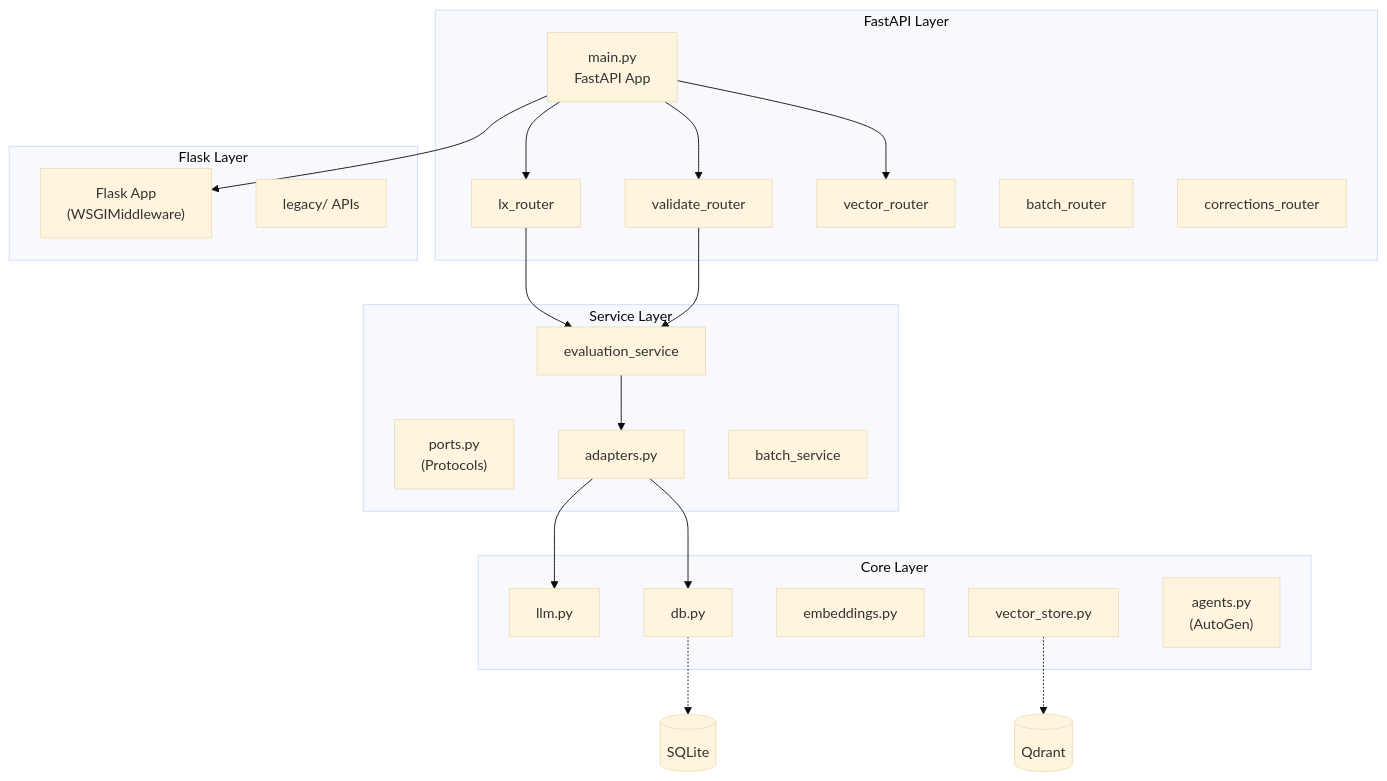
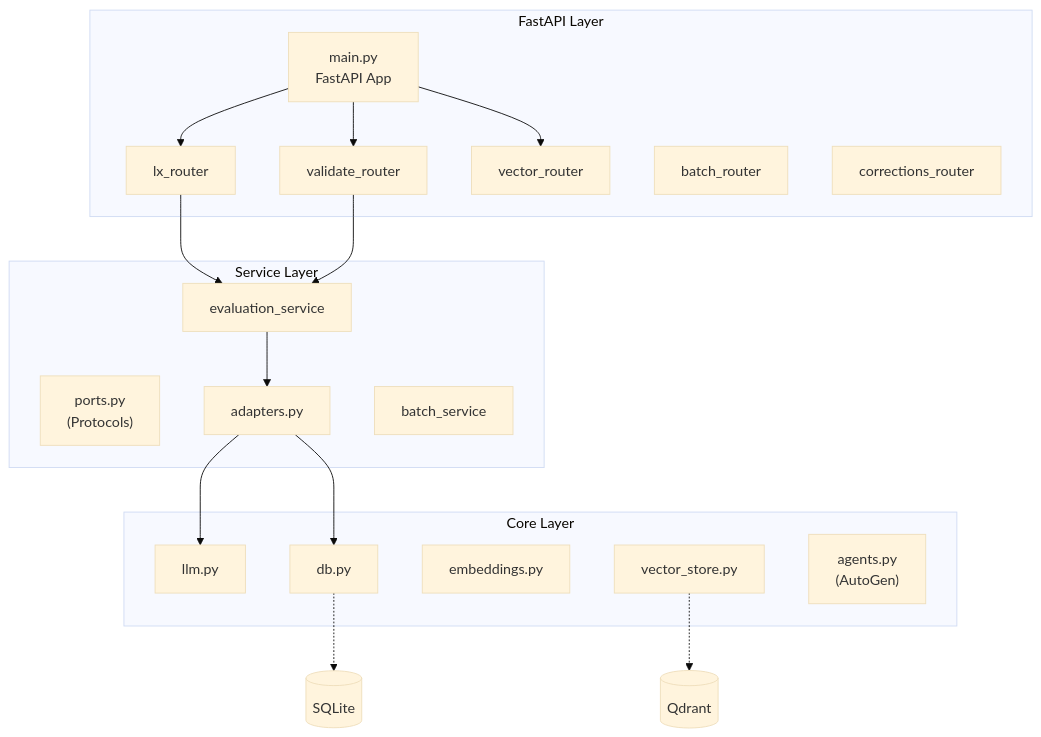
Before and after one commit to Flissel/-req-orchestrator: the ninth of 15 diagrams in docs/architecture/SYSTEM_OVERVIEW.md, drawn with Mermaid (base theme). The commit also changed other lines of this file and 18 other files, not shown here.

First line of the commit message:
docs: remove stale internal docs and fix 305 backend_app/Flask/Gunicorn refs

````diff
--- a/docs/architecture/SYSTEM_OVERVIEW.md
+++ b/docs/architecture/SYSTEM_OVERVIEW.md
@@ -533,43 +527,37 @@
 ```mermaid
 flowchart TB
   subgraph FastAPI Layer
     main["main.py<br/>FastAPI App"]
     lx["lx_router"]
     validate["validate_router"]
     vector["vector_router"]
     batch["batch_router"]
     corrections["corrections_router"]
-  end
-
-  subgraph Flask Layer
-    flask["Flask App<br/>(WSGIMiddleware)"]
-    legacy["legacy/ APIs"]
   end
 
   subgraph Service Layer
     ports["ports.py<br/>(Protocols)"]
     adapters["adapters.py"]
     eval_svc["evaluation_service"]
     batch_svc["batch_service"]
   end
 
   subgraph Core Layer
     llm["llm.py"]
     db["db.py"]
     embeddings["embeddings.py"]
     vector_store["vector_store.py"]
     agents["agents.py<br/>(AutoGen)"]
   end
 
   main --> lx
   main --> validate
   main --> vector
-  main --> flask
   lx --> eval_svc
   validate --> eval_svc
   eval_svc --> adapters
   adapters --> llm
   adapters --> db
   vector_store -.-> qdrant[(Qdrant)]
   db -.-> sqlite[(SQLite)]
 ```
````
